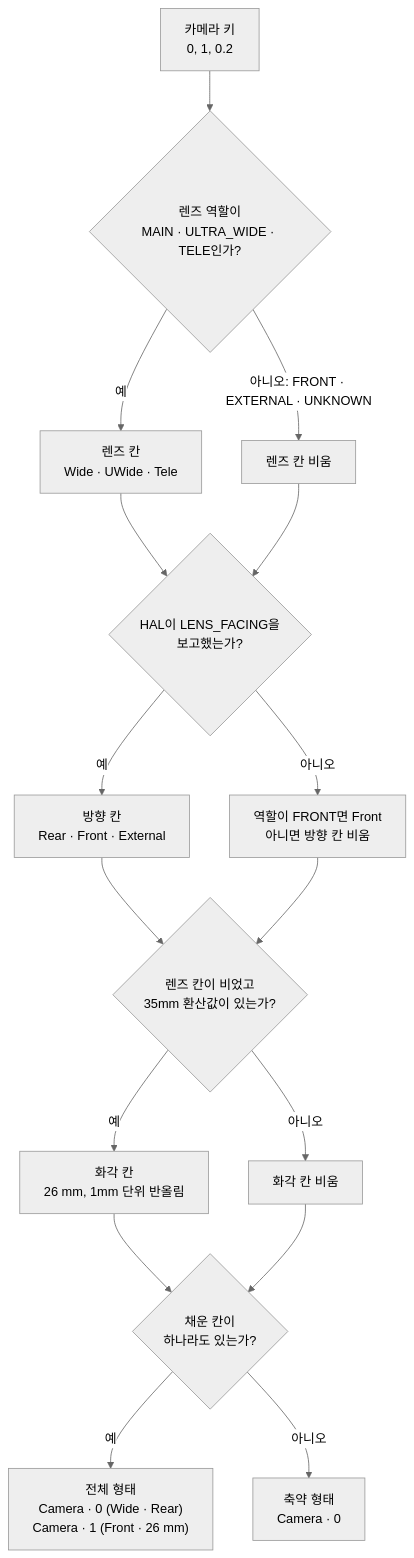
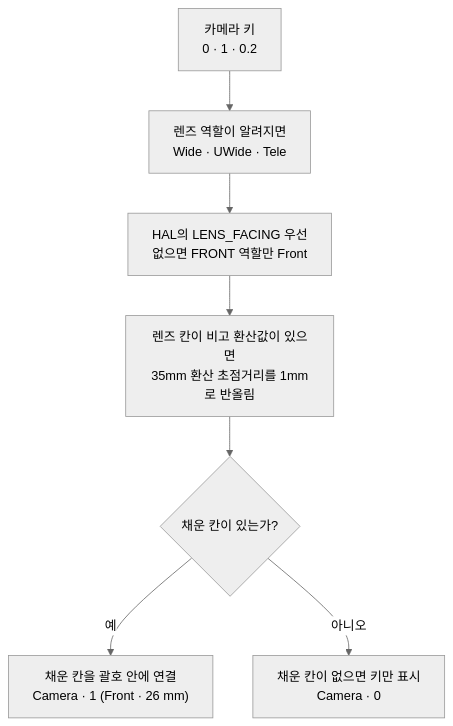
One commit to TTolsun/hal-camera changed the first of 3 diagrams in docs/design/APP-UI.md. Above: the diagram before and after it, drawn with Mermaid (neutral theme). The commit also changed other lines of this file and 47 other files, not shown here.

Commit message:
Unify documentation design and improve diagram readability

````diff
--- a/docs/design/APP-UI.md
+++ b/docs/design/APP-UI.md
@@ -54,18 +54,9 @@
 ```mermaid
-flowchart TD
-    K["카메라 키<br/>0, 1, 0.2"] --> L{"렌즈 역할이<br/>MAIN · ULTRA_WIDE · TELE인가?"}
-    L -->|예| L1["렌즈 칸<br/>Wide · UWide · Tele"]
-    L -->|"아니오: FRONT · EXTERNAL · UNKNOWN"| L0["렌즈 칸 비움"]
-    L1 --> F{"HAL이 LENS_FACING을<br/>보고했는가?"}
-    L0 --> F
-    F -->|예| F1["방향 칸<br/>Rear · Front · External"]
-    F -->|아니오| F0["역할이 FRONT면 Front<br/>아니면 방향 칸 비움"]
-    F1 --> A{"렌즈 칸이 비었고<br/>35mm 환산값이 있는가?"}
-    F0 --> A
-    A -->|예| A1["화각 칸<br/>26 mm, 1mm 단위 반올림"]
-    A -->|아니오| A0["화각 칸 비움"]
-    A1 --> J{"채운 칸이<br/>하나라도 있는가?"}
-    A0 --> J
-    J -->|예| FULL["전체 형태<br/>Camera · 0 (Wide · Rear)<br/>Camera · 1 (Front · 26 mm)"]
-    J -->|아니오| SHORT["축약 형태<br/>Camera · 0"]
+flowchart TB
+    key["카메라 키<br/>0 · 1 · 0.2"] --> lens["렌즈 역할이 알려지면<br/>Wide · UWide · Tele"]
+    lens --> facing["HAL의 LENS_FACING 우선<br/>없으면 FRONT 역할만 Front"]
+    facing --> focal["렌즈 칸이 비고 환산값이 있으면<br/>35mm 환산 초점거리를 1mm로 반올림"]
+    focal --> filled{"채운 칸이 있는가?"}
+    filled -->|"예"| label["채운 칸을 괄호 안에 연결<br/>Camera · 1 (Front · 26 mm)"]
+    filled -->|"아니오"| empty["채운 칸이 없으면 키만 표시<br/>Camera · 0"]
 ```
````
